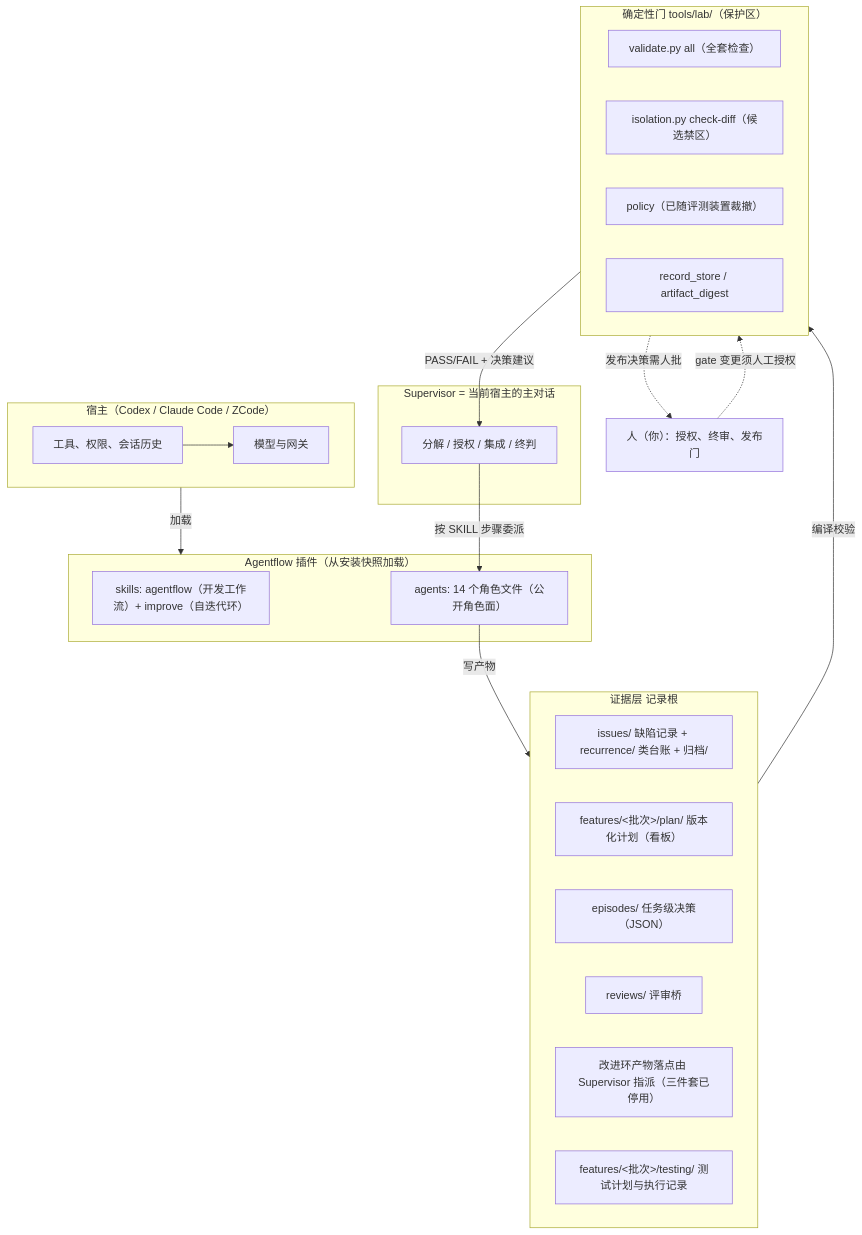
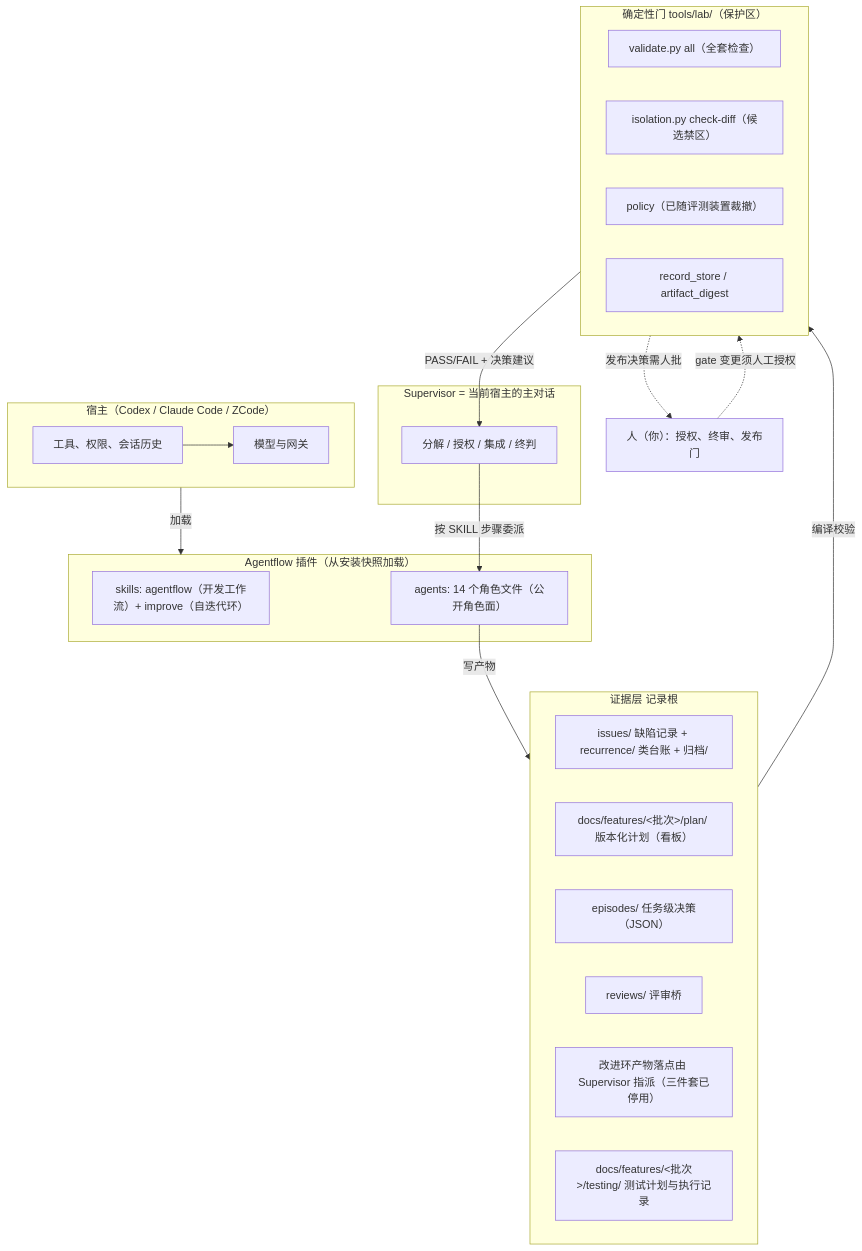
One commit to Ganseblum/agentflows changed the first of 5 diagrams in docs/system-guide.md. Above: the diagram before and after it, drawn with Mermaid. The commit also changed other lines of this file and 41 other files, not shown here.

````diff
--- a/docs/system-guide.md
+++ b/docs/system-guide.md
@@ -16,43 +16,43 @@
 ```mermaid
 flowchart TB
     subgraph HOST["宿主（Codex / Claude Code / ZCode）"]
         MODEL["模型与网关"]
         TOOLS["工具、权限、会话历史"]
     end
 
     subgraph PLUGIN["Agentflow 插件（从安装快照加载）"]
         SK["skills: agentflow（开发工作流）+ improve（自迭代环）"]
         ROLES["agents: 14 个角色文件（公开角色面）"]
     end
 
     subgraph SUPER["Supervisor = 当前宿主的主对话"]
         DECIDE["分解 / 授权 / 集成 / 终判"]
     end
 
     subgraph EVIDENCE["证据层 记录根"]
         BUGS["issues/ 缺陷记录 + recurrence/ 类台账 + 归档/"]
-        PLANS["features/<批次>/plan/ 版本化计划（看板）"]
+        PLANS["docs/features/<批次>/plan/ 版本化计划（看板）"]
         EPIS["episodes/ 任务级决策（JSON）"]
         REVIEWS["reviews/ 评审桥"]
         IMPR["改进环产物落点由 Supervisor 指派（三件套已停用）"]
-        TESTS["features/<批次>/testing/ 测试计划与执行记录"]
+        TESTS["docs/features/<批次>/testing/ 测试计划与执行记录"]
     end
 
     subgraph GATE["确定性门 tools/lab/（保护区）"]
         VAL["validate.py all（全套检查）"]
         ISO["isolation.py check-diff（候选禁区）"]
         POL["policy（已随评测装置裁撤）"]
         GR["record_store / artifact_digest"]
     end
 
     HUMAN["人（你）：授权、终审、发布门"]
 
     TOOLS --> MODEL
     HOST -->|"加载"| PLUGIN
     DECIDE -->|"按 SKILL 步骤委派"| ROLES
     ROLES -->|"写产物"| EVIDENCE
     EVIDENCE -->|"编译校验"| GATE
     GATE -->|"PASS/FAIL + 决策建议"| DECIDE
     GATE -.->|"发布决策需人批"| HUMAN
     HUMAN -.->|"gate 变更须人工授权"| GATE
 ```
````
